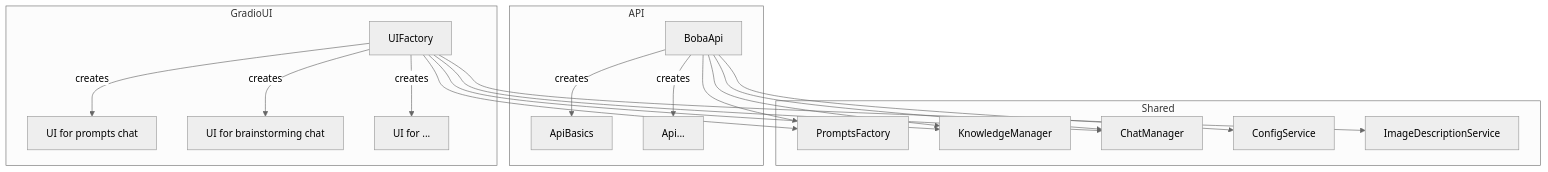
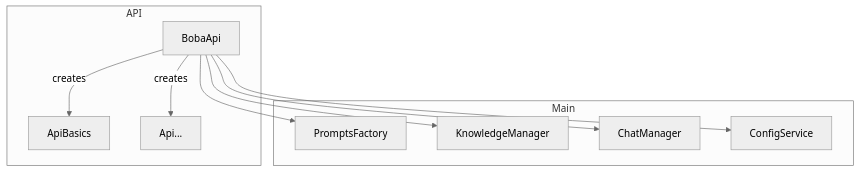
Before and after one commit to tw-haiven/haiven: the second of 2 diagrams in docs/design.md, drawn with Mermaid. The commit also changed other lines of this file and 28 other files, not shown here.

````diff
--- a/docs/design.md
+++ b/docs/design.md
@@ -83,33 +83,20 @@
 ```mermaid
 %%{init: {'theme': 'neutral' } }%%
 
 graph TD;
 
     subgraph API
         BobaApi
         BobaApi --> |creates| ApiBasics
         BobaApi --> |creates| Api...
     end
 
-    subgraph GradioUI
-        UIFactory
-        UIFactory --> |creates| UIPrompts[UI for prompts chat]
-        UIFactory --> |creates| UIBrains[UI for brainstorming chat]
-        UIFactory --> |creates| UIMore[UI for ...]
-    end
-
-    subgraph Shared
+    subgraph Main
 
         BobaApi --> PromptsFactory
         BobaApi --> KnowledgeManager
         BobaApi --> ChatManager
         BobaApi --> ConfigService
 
-        UIFactory --> PromptsFactory
-        UIFactory --> KnowledgeManager
-        UIFactory --> ChatManager
-        
-        UIFactory --> ImageDescriptionService
-
     end
 ```
````
